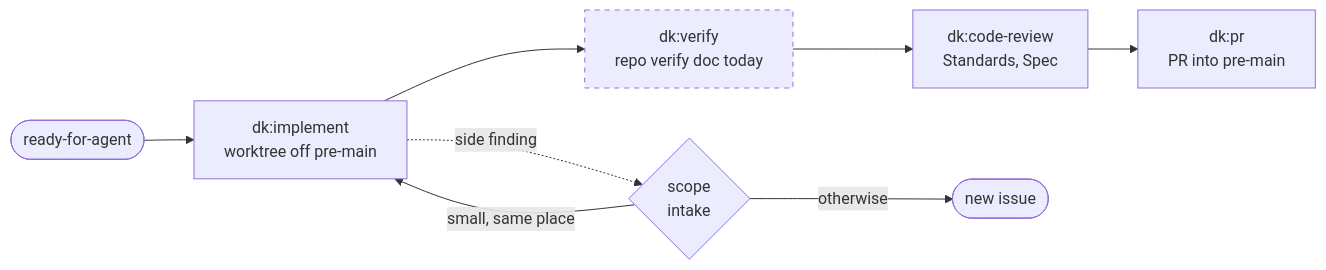
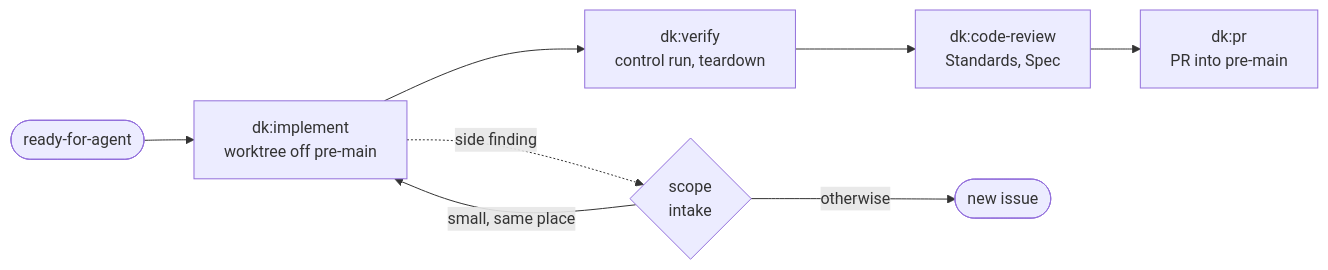
Before and after one commit to kaminski-dev/dk-agent-kit: the second of 4 diagrams in README.md, drawn with Mermaid. The commit also changed other lines of this file and 3 other files, not shown here.

Commit message:
Show dk:verify as built; setup and implement-spec point at it (#16)

````diff
--- a/README.md
+++ b/README.md
@@ -54,12 +54,10 @@
 ```mermaid
 flowchart LR
   ready(["ready-for-agent"]) --> implement["dk:implement<br/>worktree off pre-main"]
-  implement --> verify["dk:verify<br/>repo verify doc today"]
+  implement --> verify["dk:verify<br/>control run, teardown"]
   verify --> review["dk:code-review<br/>Standards, Spec"]
   review --> pr["dk:pr<br/>PR into pre-main"]
   implement -. "side finding" .-> intake{"scope<br/>intake"}
   intake -- "small, same place" --> implement
   intake -- "otherwise" --> new(["new issue"])
-  classDef planned stroke-dasharray: 5 5
-  class verify planned
 ```
````
